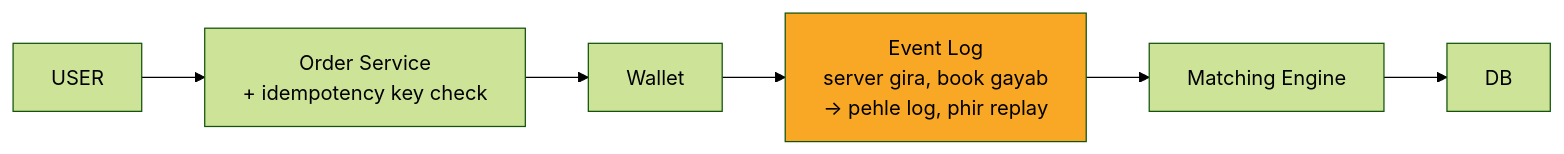
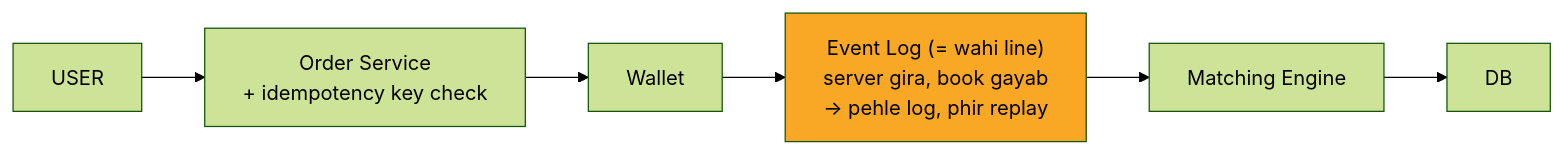
One commit to ArpanMaheshwari144/Prep changed the sixth of 10 diagrams in 04_HLD/SYSTEM_DESIGNS/05_stock_broker_trading/05_stock_broker_trading.md. Above: the diagram before and after it, drawn with Mermaid (forest theme). The commit also changed other lines of this file, not shown here.

Commit message:
stock: audit fixes (card 7 as interviewer twist, log = line, standby in HAL, partition note, SELL query)

````diff
--- a/04_HLD/SYSTEM_DESIGNS/05_stock_broker_trading/05_stock_broker_trading.md
+++ b/04_HLD/SYSTEM_DESIGNS/05_stock_broker_trading/05_stock_broker_trading.md
@@ -219,15 +218,15 @@
 ```mermaid
 flowchart LR
     n_USER["USER"]
     n_Order_Service["Order Service<br/>+ idempotency key check"]
     n_Wallet["Wallet"]
-    n_Event_Log["Event Log<br/>server gira, book gayab<br/>-> pehle log, phir replay"]
+    n_Event_Log["Event Log (= wahi line)<br/>server gira, book gayab<br/>-> pehle log, phir replay"]
     n_Matching_Engine["Matching Engine"]
     n_DB["DB"]
     n_USER --> n_Order_Service
     n_Order_Service --> n_Wallet
     n_Wallet --> n_Event_Log
     n_Event_Log --> n_Matching_Engine
     n_Matching_Engine --> n_DB
     style n_Event_Log fill:#f9a825,color:#000
 ```
````
